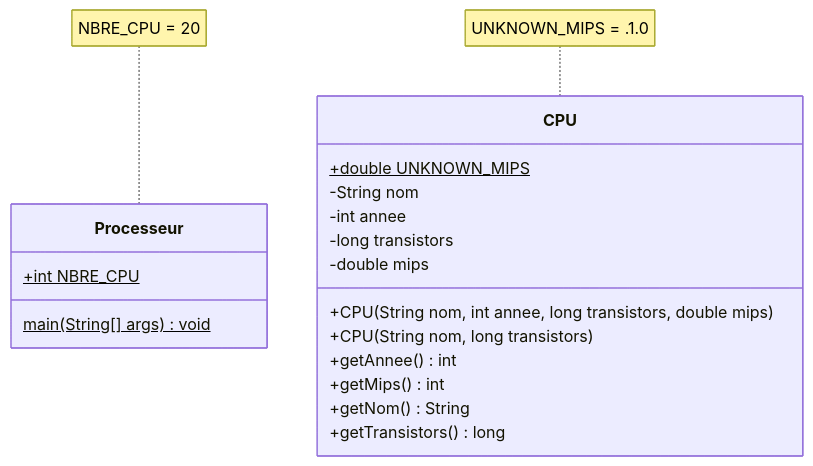
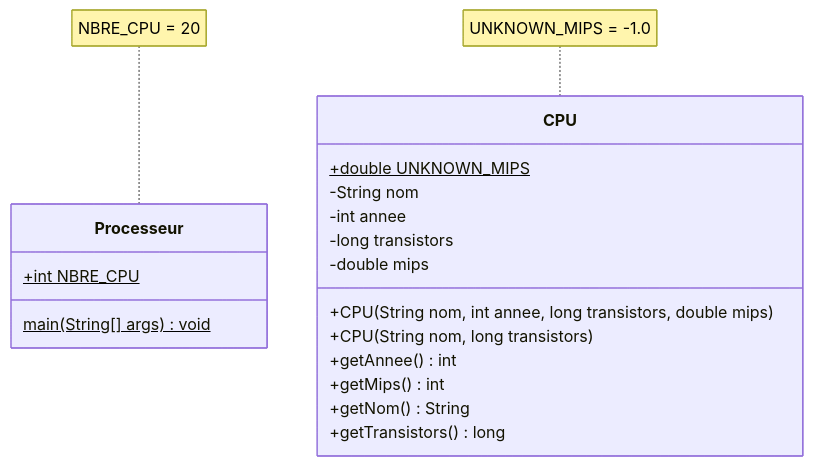
The diagram in README.md (emf-info-d400/Ex03-ProcesseursA), drawn with Mermaid before and after one commit.

Commit message:
Update README.md
Erreur UNKNOWN_MIPS

````diff
--- a/README.md
+++ b/README.md
@@ -19,24 +19,24 @@
 ```mermaid
 classDiagram
 
 class Processeur {
     +int NBRE_CPU$
     main(String[] args) void$
 }
 
 class CPU {
     +double UNKNOWN_MIPS$
     -String nom
     -int annee
     -long transistors
     -double mips
     +CPU(String nom, int annee, long transistors, double mips)
     +CPU(String nom, long transistors)
     +getAnnee() int
     +getMips() int
     +getNom() String
     +getTransistors() long
 }
 note for Processeur "NBRE_CPU = 20"
-note for CPU "UNKNOWN_MIPS = .1.0"
+note for CPU "UNKNOWN_MIPS = -1.0"
 ```
````
